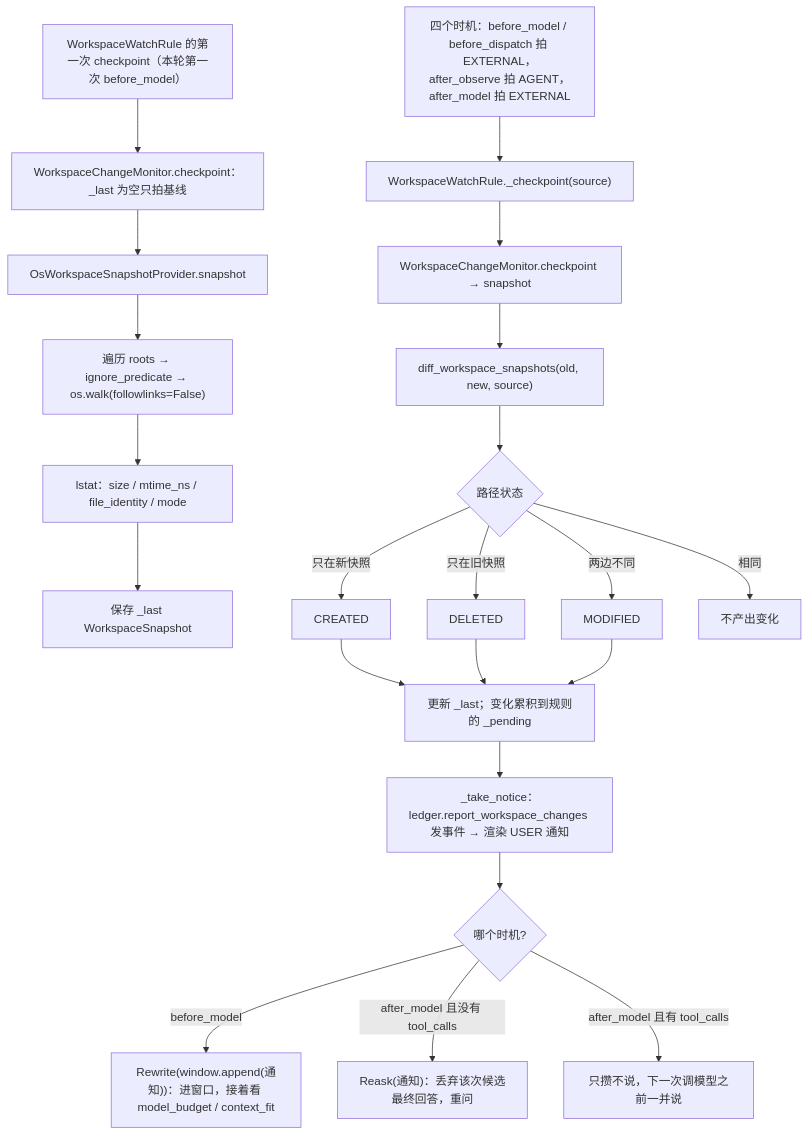
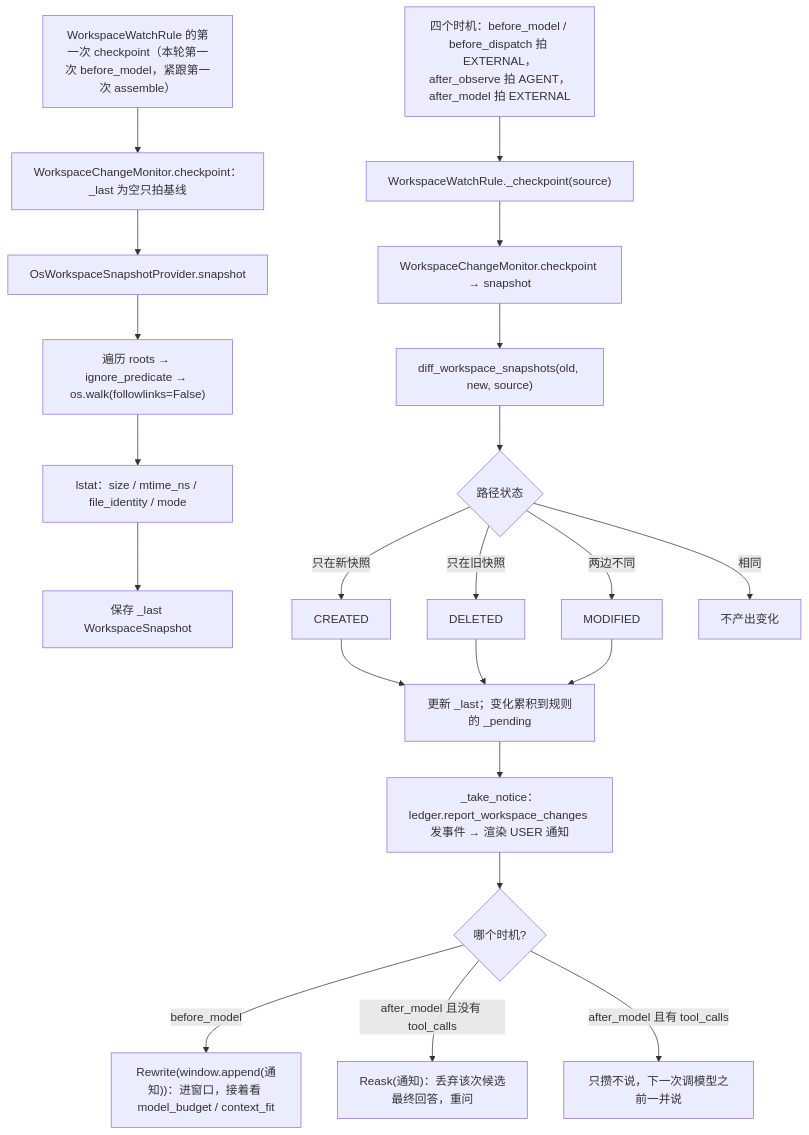
Diagram 18 of 54 in docs/06-代码阅读线路.md (qubaolai/ForgeCLI), drawn with Mermaid before and after one commit. The commit also changed other lines of this file and 59 other files, not shown here.

````diff
--- a/docs/06-代码阅读线路.md
+++ b/docs/06-代码阅读线路.md
@@ -758,24 +785,24 @@
 ```mermaid
 flowchart TD
-    A["WorkspaceWatchRule 的第一次 checkpoint（本轮第一次 before_model）"] --> B["WorkspaceChangeMonitor.checkpoint：_last 为空只拍基线"]
+    A["WorkspaceWatchRule 的第一次 checkpoint（本轮第一次 before_model，紧跟第一次 assemble）"] --> B["WorkspaceChangeMonitor.checkpoint：_last 为空只拍基线"]
     B --> C["OsWorkspaceSnapshotProvider.snapshot"]
     C --> D["遍历 roots → ignore_predicate → os.walk(followlinks=False)"]
     D --> E["lstat：size / mtime_ns / file_identity / mode"]
     E --> F["保存 _last WorkspaceSnapshot"]
     G["四个时机：before_model / before_dispatch 拍 EXTERNAL，after_observe 拍 AGENT，after_model 拍 EXTERNAL"] --> H["WorkspaceWatchRule._checkpoint(source)"]
     H --> I["WorkspaceChangeMonitor.checkpoint → snapshot"]
     I --> J["diff_workspace_snapshots(old, new, source)"]
     J --> K{"路径状态"}
     K -->|只在新快照| L["CREATED"]
     K -->|只在旧快照| M["DELETED"]
     K -->|两边不同| N["MODIFIED"]
     K -->|相同| O["不产出变化"]
     L --> P["更新 _last；变化累积到规则的 _pending"]
     M --> P
     N --> P
     P --> Q["_take_notice：ledger.report_workspace_changes 发事件 → 渲染 USER 通知"]
     Q --> R{"哪个时机?"}
     R -->|before_model| S["Rewrite(window.append(通知))：进窗口，接着看 model_budget / context_fit"]
     R -->|after_model 且没有 tool_calls| T["Reask(通知)：丢弃该次候选最终回答，重问"]
     R -->|after_model 且有 tool_calls| U["只攒不说，下一次调模型之前一并说"]
 ```
````
